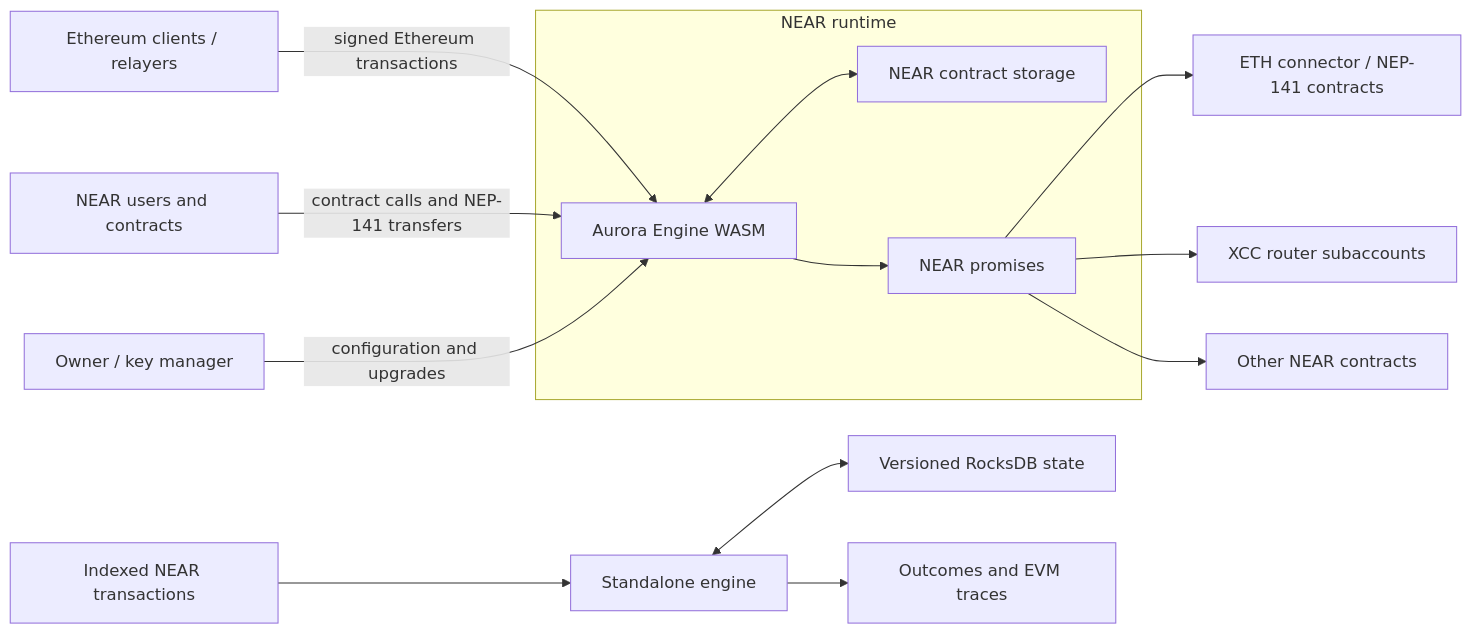
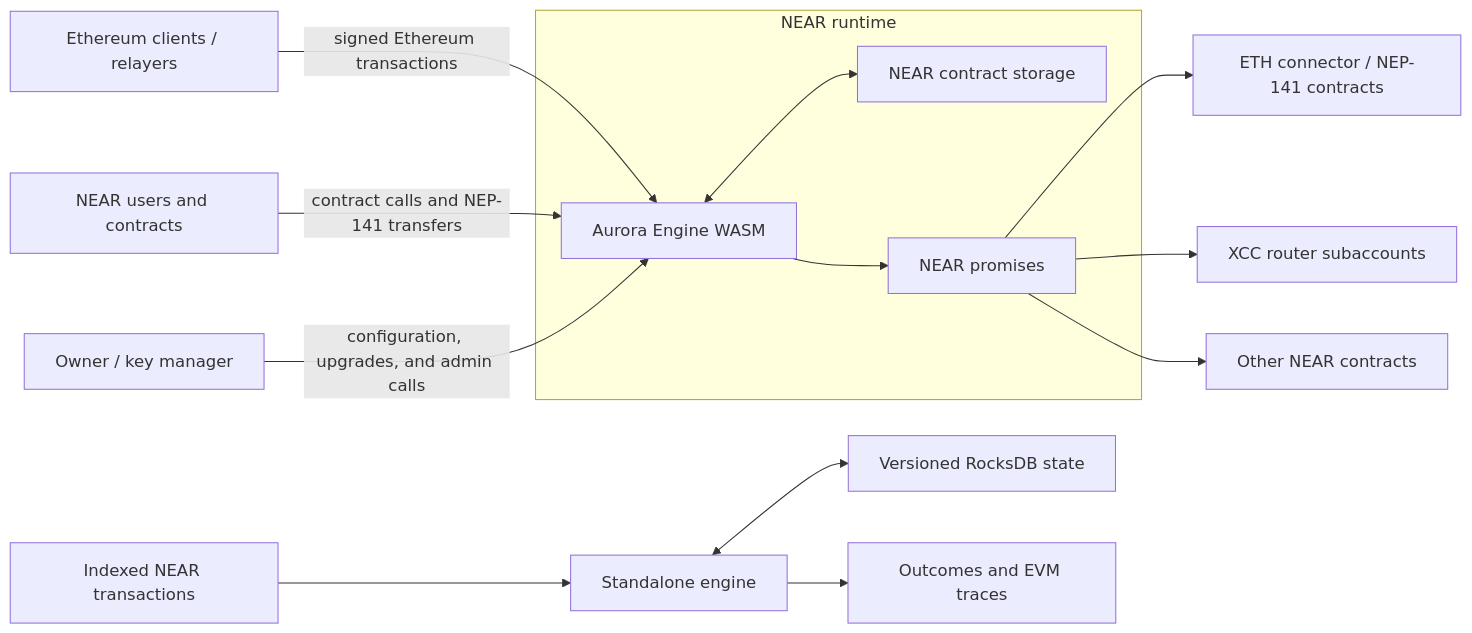
One commit to aurora-is-near/aurora-engine changed the first of 2 diagrams in ARCHITECTURE.md. Above: the diagram before and after it, drawn with Mermaid. The commit also changed other lines of this file and 17 other files, not shown here.

First line of the commit message:
feat: add owner-only `admin_call` method for batched NEAR actions (#1239)

````diff
--- a/ARCHITECTURE.md
+++ b/ARCHITECTURE.md
@@ -18,22 +18,22 @@
 ```mermaid
 flowchart LR
     Eth["Ethereum clients / relayers"] -->|signed Ethereum transactions| Engine
     Near["NEAR users and contracts"] -->|contract calls and NEP-141 transfers| Engine
-    Admin["Owner / key manager"] -->|configuration and upgrades| Engine
+    Admin["Owner / key manager"] -->|configuration, upgrades, and admin calls| Engine
 
     subgraph NearRuntime["NEAR runtime"]
         Engine["Aurora Engine WASM"]
         Storage["NEAR contract storage"]
         Promises["NEAR promises"]
         Engine <--> Storage
         Engine --> Promises
     end
 
     Promises --> Connector["ETH connector / NEP-141 contracts"]
     Promises --> Router["XCC router subaccounts"]
     Promises --> Other["Other NEAR contracts"]
 
     ChainData["Indexed NEAR transactions"] --> Standalone["Standalone engine"]
     Standalone <--> RocksDB["Versioned RocksDB state"]
     Standalone --> Traces["Outcomes and EVM traces"]
 ```
````
